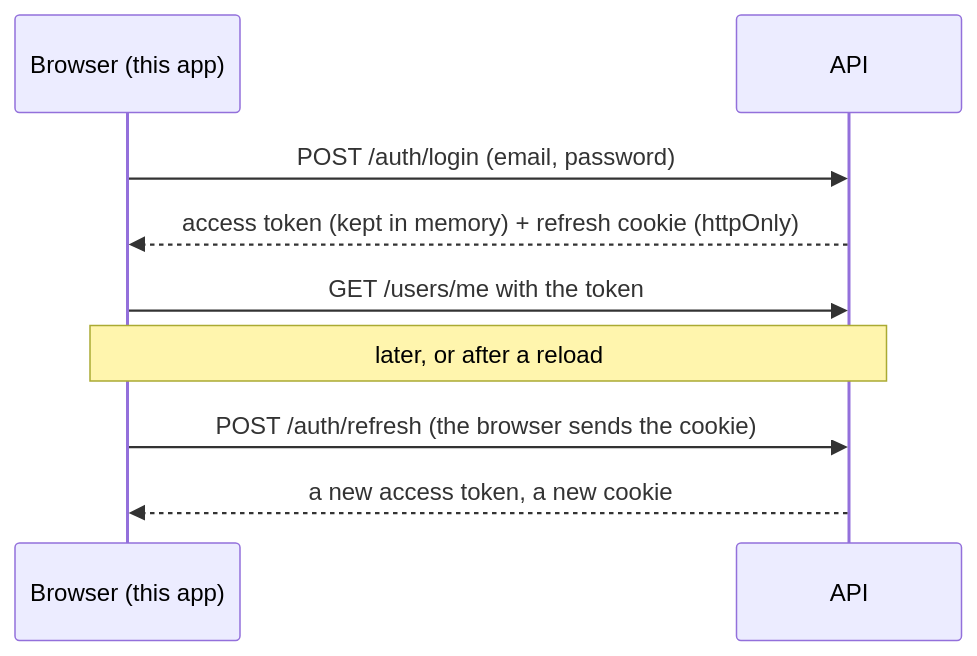
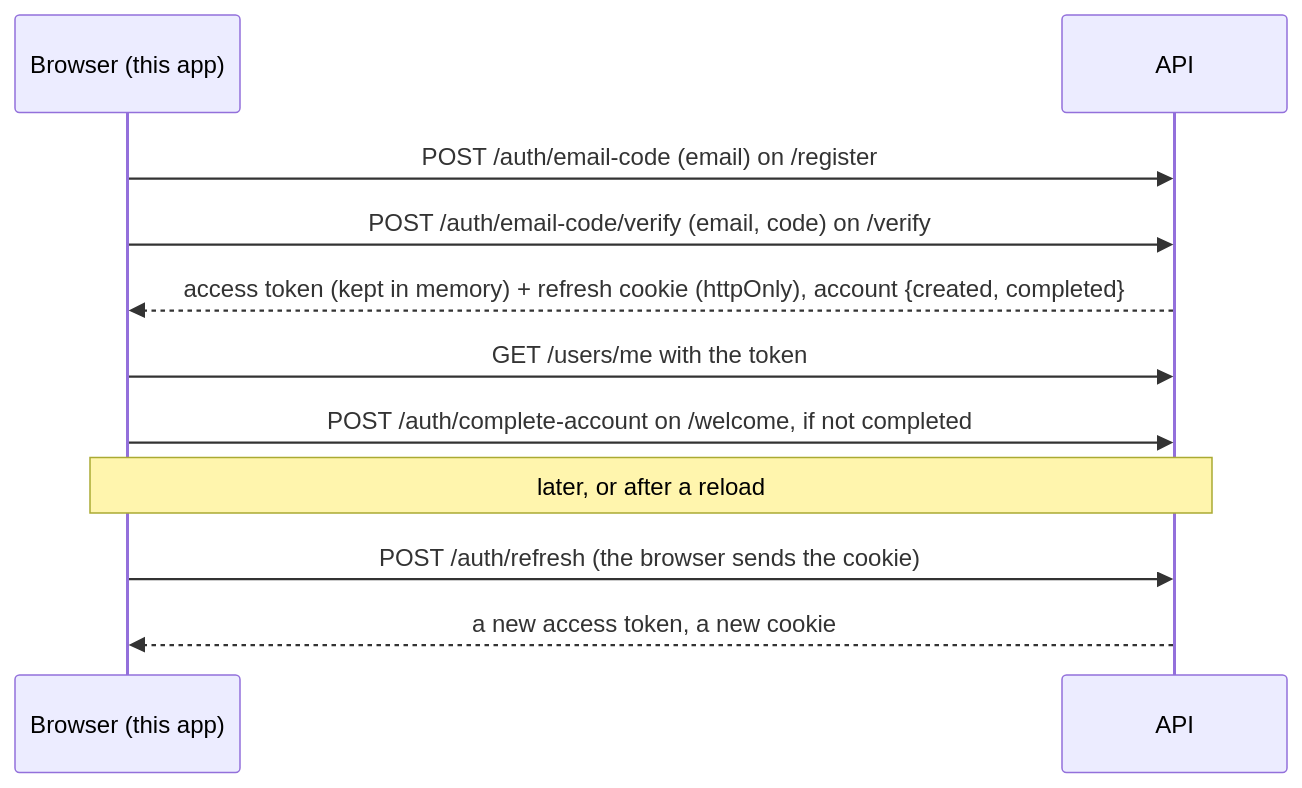
Before and after one commit to StoriuSs/NezFocus-Frontend: the second of 4 diagrams in OVERVIEW.md, drawn with Mermaid. The commit also changed other lines of this file and 124 other files, not shown here.

First line of the commit message:
feat(auth): create account with an emailed code and complete it (L8)

````diff
--- a/OVERVIEW.md
+++ b/OVERVIEW.md
@@ -129,11 +134,13 @@
 ```mermaid
 sequenceDiagram
     participant B as Browser (this app)
     participant A as API
-    B->>A: POST /auth/login (email, password)
-    A-->>B: access token (kept in memory) + refresh cookie (httpOnly)
+    B->>A: POST /auth/email-code (email) on /register
+    B->>A: POST /auth/email-code/verify (email, code) on /verify
+    A-->>B: access token (kept in memory) + refresh cookie (httpOnly), account {created, completed}
     B->>A: GET /users/me with the token
+    B->>A: POST /auth/complete-account on /welcome, if not completed
     Note over B,A: later, or after a reload
     B->>A: POST /auth/refresh (the browser sends the cookie)
     A-->>B: a new access token, a new cookie
 ```
````
